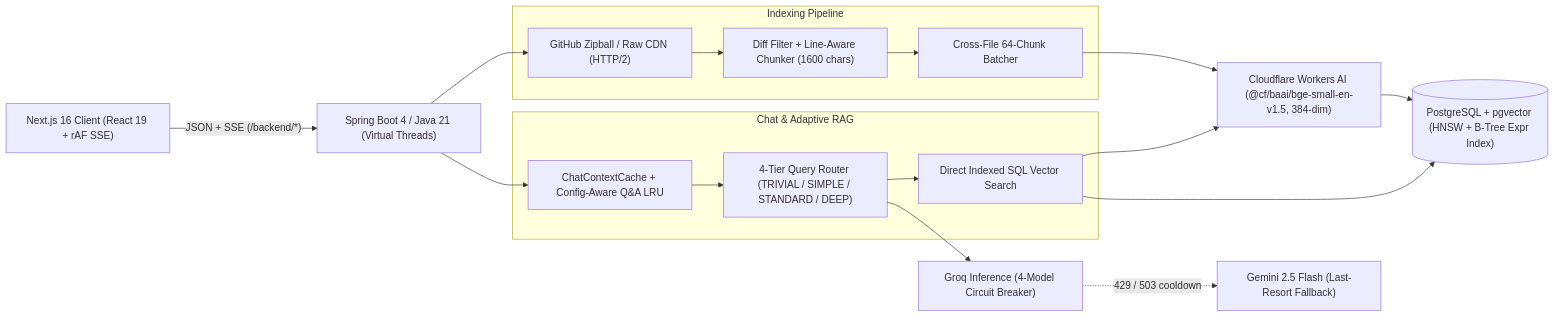
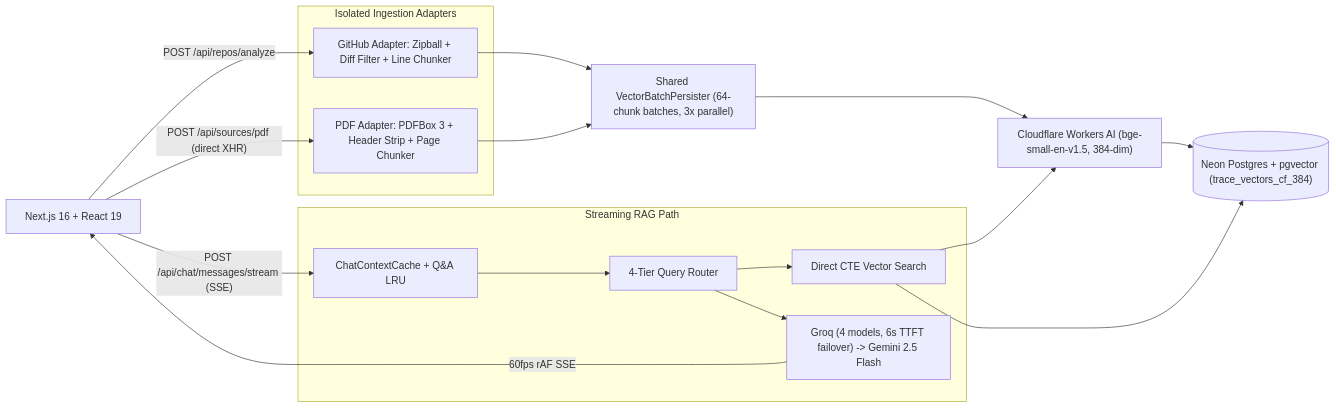
Before and after one commit to Alok9888/TRACE: the diagram in README.md, drawn with Mermaid. The commit also changed other lines of this file and 10 other files, not shown here.

````diff
--- a/README.md
+++ b/README.md
@@ -19,28 +15,29 @@
 ```mermaid
 flowchart LR
-  UI["Next.js 16 Client (React 19 + rAF SSE)"] -->|"JSON + SSE (/backend/*)"| API["Spring Boot 4 / Java 21 (Virtual Threads)"]
+  UI["Next.js 16 + React 19"]
 
-  subgraph Indexing["Indexing Pipeline"]
-    GH["GitHub Zipball / Raw CDN (HTTP/2)"]
-    Filter["Diff Filter + Line-Aware Chunker (1600 chars)"]
-    Batch["Cross-File 64-Chunk Batcher"]
+  subgraph Ingest["Isolated Ingestion Adapters"]
+    GH["GitHub Adapter: Zipball + Diff Filter + Line Chunker"]
+    PDF["PDF Adapter: PDFBox 3 + Header Strip + Page Chunker"]
   end
 
-  subgraph Retrieval["Chat & Adaptive RAG"]
-    Cache["ChatContextCache + Config-Aware Q&A LRU"]
-    Tier["4-Tier Query Router (TRIVIAL / SIMPLE / STANDARD / DEEP)"]
-    SQL["Direct Indexed SQL Vector Search"]
+  PERSIST["Shared VectorBatchPersister (64-chunk batches, 3x parallel)"]
+  CF["Cloudflare Workers AI (bge-small-en-v1.5, 384-dim)"]
+  PG[("Neon Postgres + pgvector (trace_vectors_cf_384)")]
+
+  subgraph Chat["Streaming RAG Path"]
+    CACHE["ChatContextCache + Q&A LRU"]
+    ROUTE["4-Tier Query Router"]
+    CTE["Direct CTE Vector Search"]
+    LLM["Groq (4 models, 6s TTFT failover) -> Gemini 2.5 Flash"]
   end
 
-  CF["Cloudflare Workers AI (@cf/baai/bge-small-en-v1.5, 384-dim)"]
-  PG[("PostgreSQL + pgvector (HNSW + B-Tree Expr Index)")]
-  GROQ["Groq Inference (4-Model Circuit Breaker)"]
-  GEM["Gemini 2.5 Flash (Last-Resort Fallback)"]
+  UI -->|"POST /api/repos/analyze"| GH --> PERSIST
+  UI -->|"POST /api/sources/pdf (direct XHR)"| PDF --> PERSIST
+  PERSIST --> CF --> PG
 
-  API --> GH --> Filter --> Batch --> CF --> PG
-  API --> Cache --> Tier --> SQL
-  SQL --> CF
-  SQL --> PG
-  Tier --> GROQ
-  GROQ -.->|"429 / 503 cooldown"| GEM
+  UI -->|"POST /api/chat/messages/stream (SSE)"| CACHE --> ROUTE --> CTE
+  CTE --> CF
+  CTE --> PG
+  ROUTE --> LLM -->|"60fps rAF SSE"| UI
 ```
````
